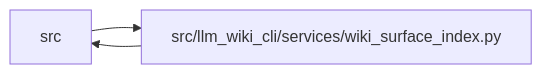
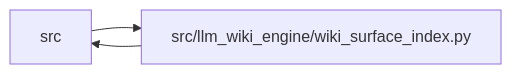
The diagram in docs/llm_wiki/modules/wiki_surface_index.md (Denissvgn/python-wiki-llm), drawn with Mermaid before and after one commit. The commit also changed other lines of this file and 739 other files, not shown here.

First line of the commit message:
docs: refresh the wiki for the second engine batch

````diff
--- a/docs/llm_wiki/modules/wiki_surface_index.md
+++ b/docs/llm_wiki/modules/wiki_surface_index.md
@@ -30,8 +30,8 @@
 ```mermaid
 flowchart LR
     n0["src"]
-    n1["src/llm_wiki_cli/services/wiki_surface_index.py"]
+    n1["src/llm_wiki_engine/wiki_surface_index.py"]
     n0 --> n1
     n1 --> n0
     click n1 "../modules/wiki_surface_index.md"
 ```
````
